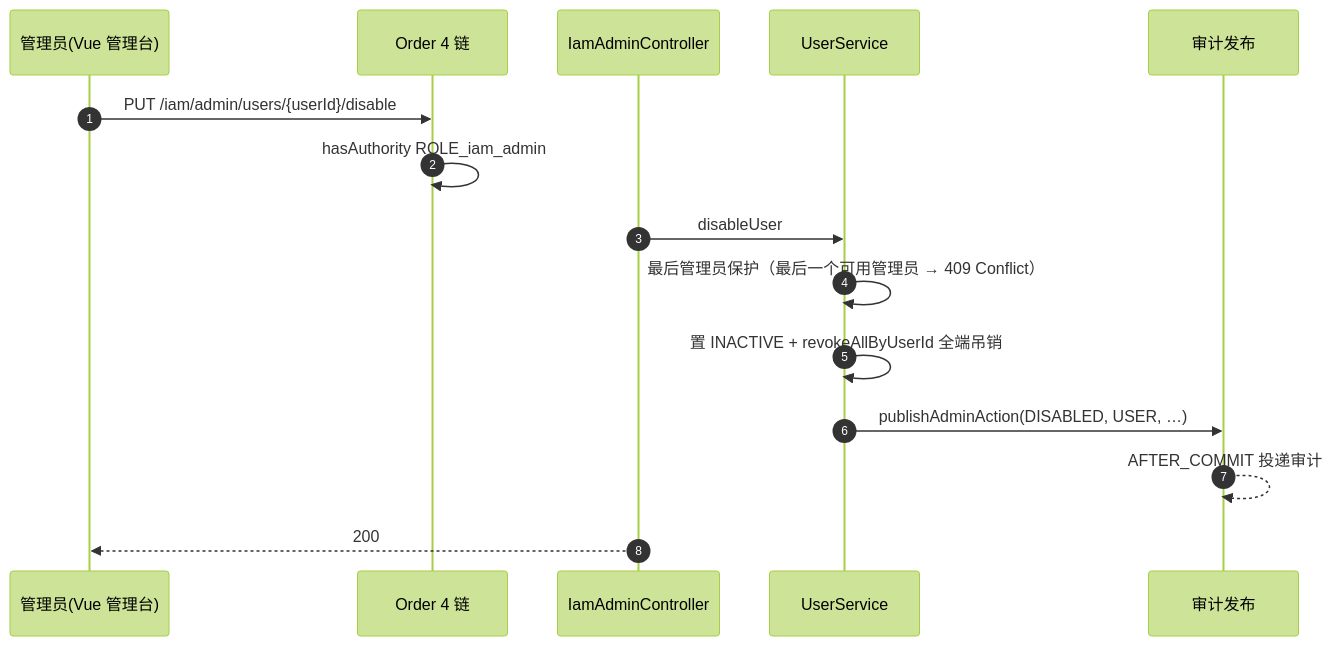
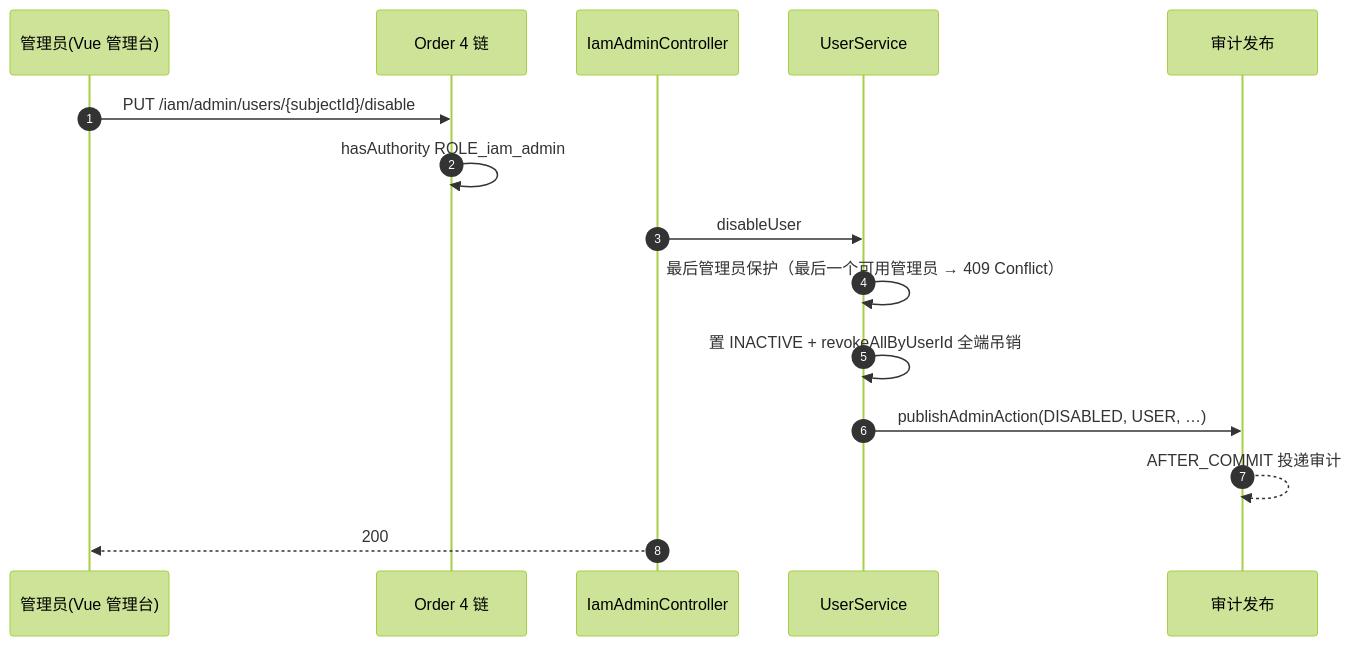
The first of 2 diagrams in sdk/auth/iam/server/simple-iam-server-starter/docs/领域文档/管理台与站内信.md (Sure-Zzzzzz/normal-sdks), drawn with Mermaid (forest theme) before and after one commit. The commit also changed other lines of this file and 7 other files, not shown here.

````diff
--- a/sdk/auth/iam/server/simple-iam-server-starter/docs/领域文档/管理台与站内信.md
+++ b/sdk/auth/iam/server/simple-iam-server-starter/docs/领域文档/管理台与站内信.md
@@ -9,18 +9,18 @@
 ```mermaid
 sequenceDiagram
     autonumber
     participant Adm as 管理员(Vue 管理台)
     participant F as Order 4 链
     participant CS as IamAdminController
     participant US as UserService
     participant AU as 审计发布
 
-    Adm->>F: PUT /iam/admin/users/{userId}/disable
+    Adm->>F: PUT /iam/admin/users/{subjectId}/disable
     F->>F: hasAuthority ROLE_iam_admin
     CS->>US: disableUser
     US->>US: 最后管理员保护（最后一个可用管理员 → 409 Conflict）
     US->>US: 置 INACTIVE + revokeAllByUserId 全端吊销
     US->>AU: publishAdminAction(DISABLED, USER, …)
     AU-->>AU: AFTER_COMMIT 投递审计
     CS-->>Adm: 200
 ```
````
